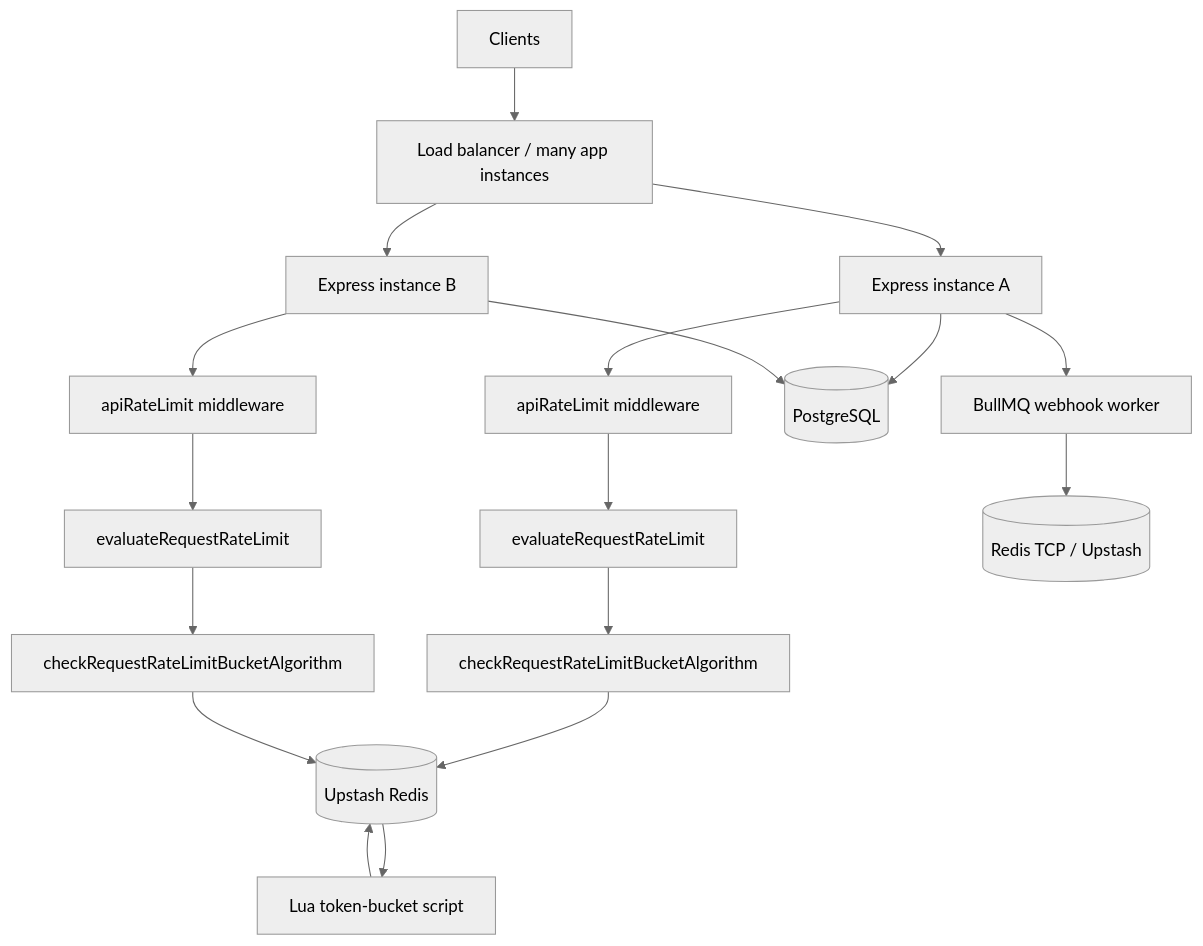
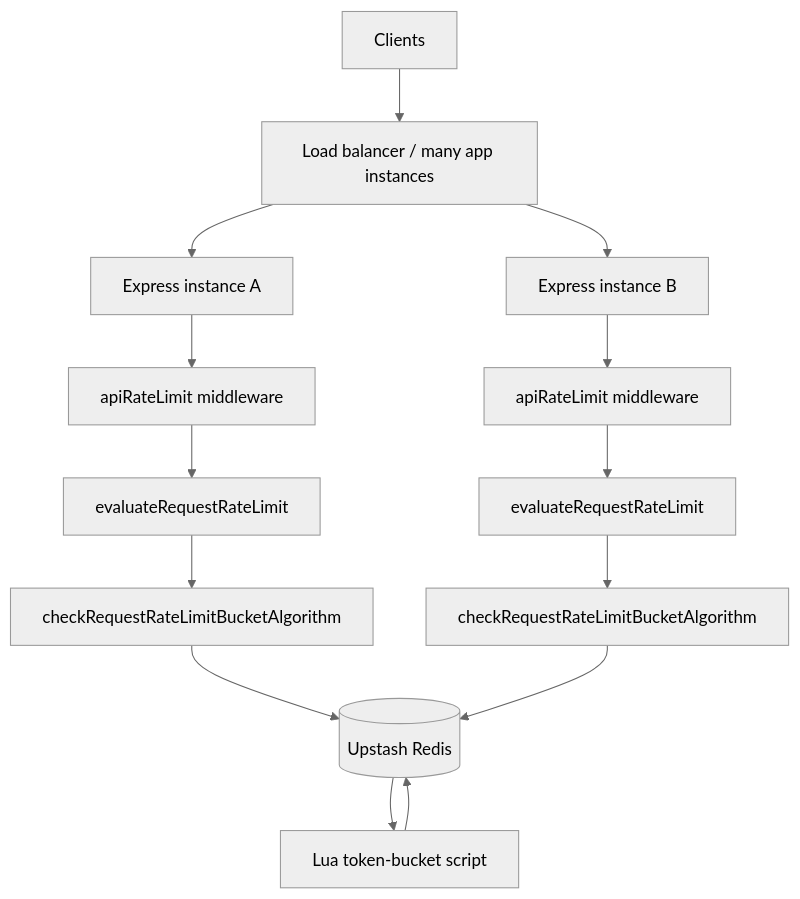
Before and after one commit to gerimujo496/rate-limiter: the first of 2 diagrams in README.md, drawn with Mermaid (neutral theme). The commit also changed other lines of this file and 22 other files, not shown here.

````diff
--- a/README.md
+++ b/README.md
@@ -25,27 +25,21 @@
 ```mermaid
 flowchart TD
     C[Clients] --> LB[Load balancer / many app instances]
     LB --> A1[Express instance A]
     LB --> A2[Express instance B]
 
     A1 --> MW[apiRateLimit middleware]
     A2 --> MW2[apiRateLimit middleware]
 
     MW --> EV[evaluateRequestRateLimit]
     MW2 --> EV2[evaluateRequestRateLimit]
 
     EV --> B[checkRequestRateLimitBucketAlgorithm]
     EV2 --> B2[checkRequestRateLimitBucketAlgorithm]
 
     B --> R[(Upstash Redis)]
     B2 --> R
 
     R --> L[Lua token-bucket script]
     L --> R
-
-    A1 --> PG[(PostgreSQL)]
-    A2 --> PG
-
-    A1 --> Q[BullMQ webhook worker]
-    Q --> R2[(Redis TCP / Upstash)]
 ```
````
